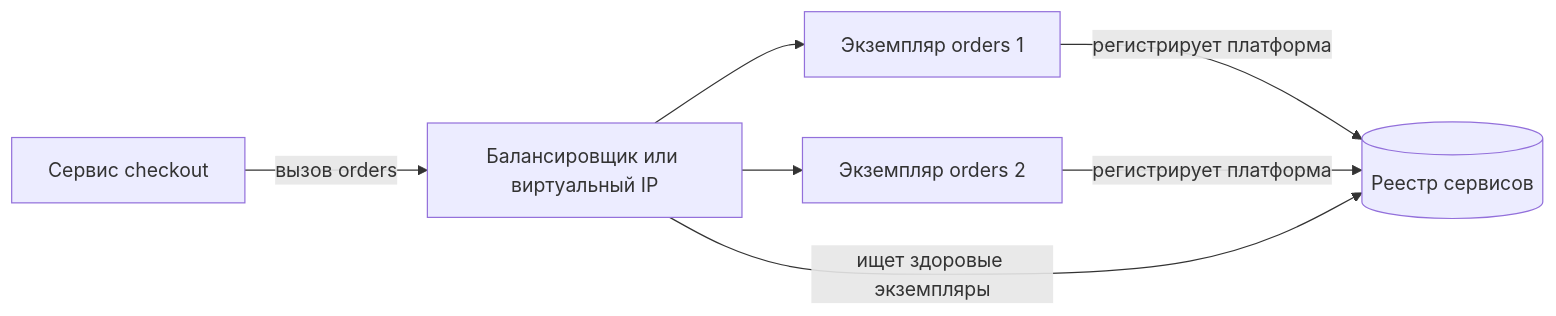
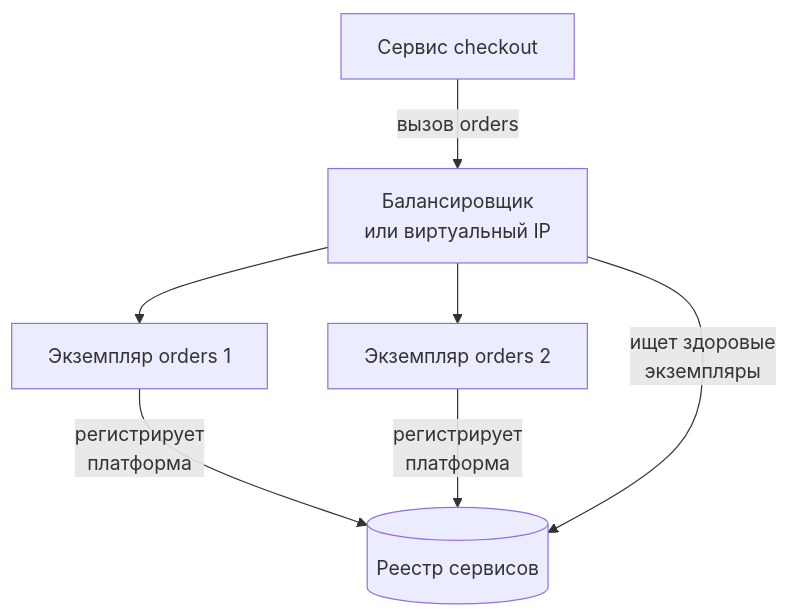
The second of 3 diagrams in src/content/docs/ru/architecture/service-discovery-and-mesh.mdx (butyavk/system-design), drawn with Mermaid before and after one commit. The commit also changed other lines of this file and 144 other files, not shown here.

````diff
--- a/src/content/docs/ru/architecture/service-discovery-and-mesh.mdx
+++ b/src/content/docs/ru/architecture/service-discovery-and-mesh.mdx
@@ -44,9 +44,9 @@
 ```mermaid
-flowchart LR
-  inst1["Экземпляр orders 1"] -->|"регистрирует платформа"| reg[("Реестр сервисов")]
-  inst2["Экземпляр orders 2"] -->|"регистрирует платформа"| reg
-  client["Сервис checkout"] -->|"вызов orders"| router["Балансировщик или виртуальный IP"]
-  router -->|"ищет здоровые экземпляры"| reg
+flowchart TB
+  inst1["Экземпляр orders 1"] -->|"регистрирует<br/>платформа"| reg[("Реестр сервисов")]
+  inst2["Экземпляр orders 2"] -->|"регистрирует<br/>платформа"| reg
+  client["Сервис checkout"] -->|"вызов orders"| router["Балансировщик<br/>или виртуальный IP"]
+  router -->|"ищет здоровые<br/>экземпляры"| reg
   router --> inst1
   router --> inst2
 ```
````
